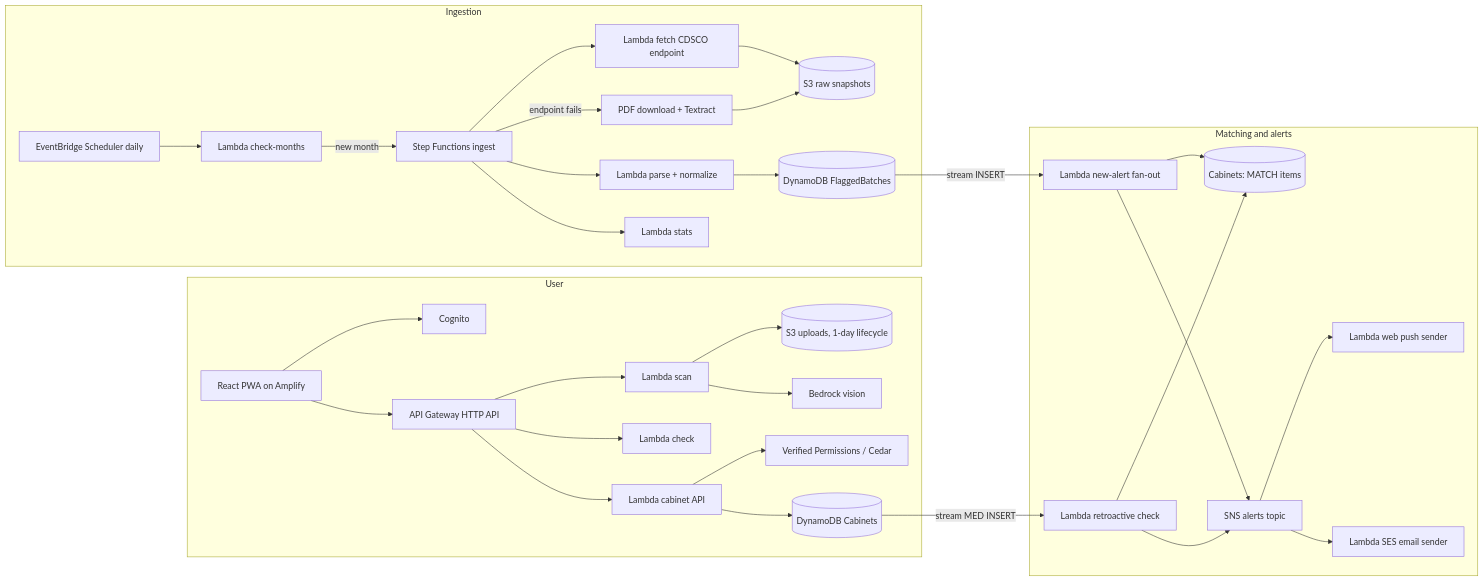
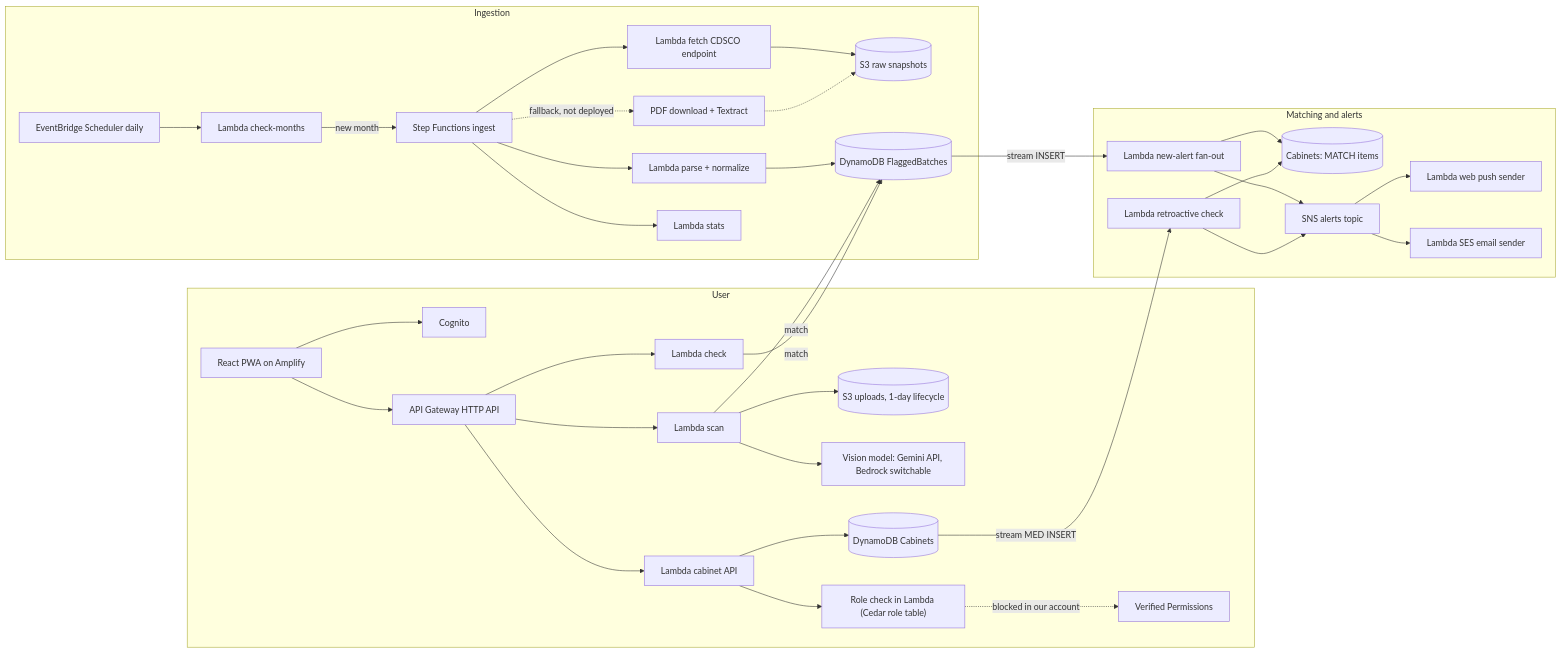
The diagram in docs/diagrams/architecture.mmd (Bhaskar-kumar-arya/asli), drawn with Mermaid before and after one commit. The commit also changed 2 other files, not shown here.

Commit message:
docs(README): explain the architecture in depth and correct the diagram
Add request flows, a design-decisions table, a data-model summary and a
deployment-model note. Correct the diagram to match what is deployed:
the live photo reader is the Gemini API (Bedrock switchable), and the
Textract fallback and Verified Permissions are shown as not live.
Refresh the linked PNG and Mermaid source to match.

```diff
--- a/docs/diagrams/architecture.mmd
+++ b/docs/diagrams/architecture.mmd
@@ -1,33 +1,36 @@
 flowchart LR
   subgraph Ingestion
     SCH[EventBridge Scheduler daily] --> CHK[Lambda check-months]
     CHK -->|new month| SFN[Step Functions ingest]
     SFN --> FETCH[Lambda fetch CDSCO endpoint]
-    SFN -->|endpoint fails| PDF[PDF download + Textract]
+    SFN -.->|"fallback, not deployed"| PDF["PDF download + Textract"]
     FETCH --> S3R[(S3 raw snapshots)]
-    PDF --> S3R
+    PDF -.-> S3R
     SFN --> PARSE[Lambda parse + normalize]
     PARSE --> FB[(DynamoDB FlaggedBatches)]
     SFN --> STATS[Lambda stats]
   end
   subgraph User
     WEB[React PWA on Amplify] --> COG[Cognito]
     WEB --> API[API Gateway HTTP API]
     API --> SCAN[Lambda scan]
     SCAN --> S3U[(S3 uploads, 1-day lifecycle)]
-    SCAN --> BR2[Bedrock vision]
+    SCAN --> VIS["Vision model: Gemini API, Bedrock switchable"]
+    SCAN -->|match| FB
     API --> CHECK[Lambda check]
+    CHECK -->|match| FB
     API --> CAB[Lambda cabinet API]
-    CAB --> AVP[Verified Permissions / Cedar]
+    CAB --> AUTHZ["Role check in Lambda (Cedar role table)"]
+    AUTHZ -.->|"blocked in our account"| AVP[Verified Permissions]
     CAB --> CT[(DynamoDB Cabinets)]
   end
   subgraph Matching and alerts
     FB -->|stream INSERT| FAN[Lambda new-alert fan-out]
     CT -->|stream MED INSERT| RETRO[Lambda retroactive check]
     FAN --> MT[(Cabinets: MATCH items)]
     RETRO --> MT
     FAN --> SNS[SNS alerts topic]
     RETRO --> SNS
     SNS --> PUSH[Lambda web push sender]
     SNS --> MAIL[Lambda SES email sender]
   end
```
